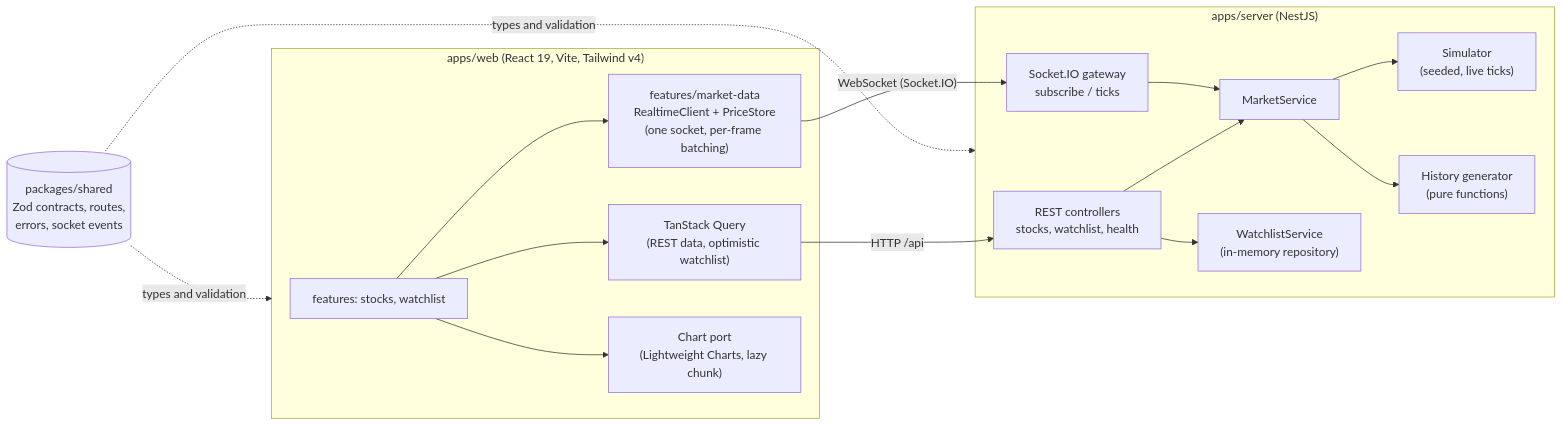
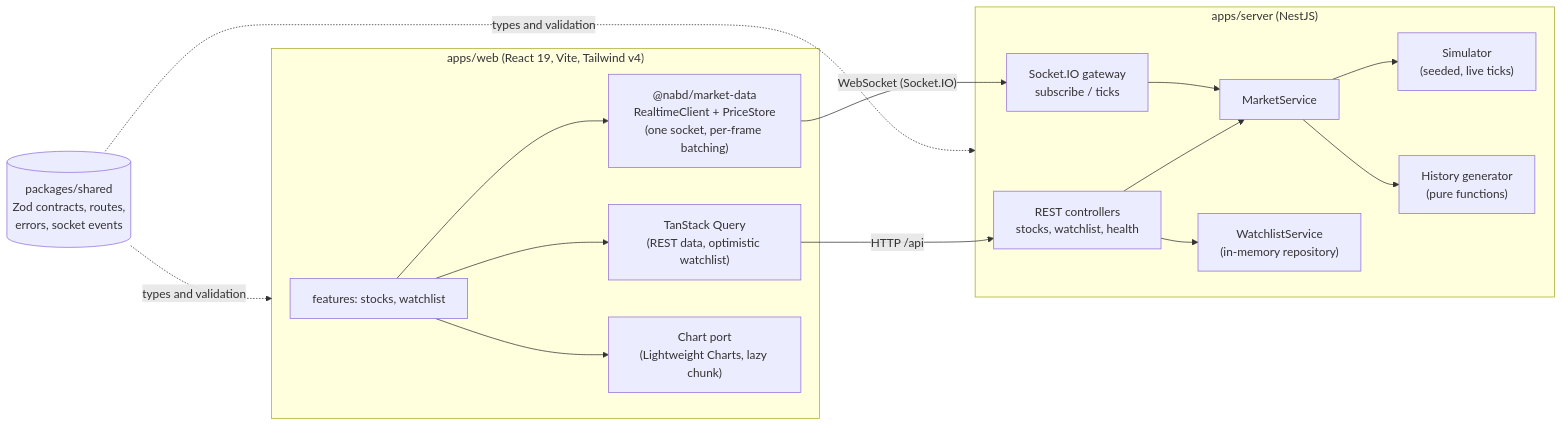
Before and after one commit to alaahendam/nabd-trading: the diagram in README.md, drawn with Mermaid. The commit also changed other lines of this file and 6 other files, not shown here.

````diff
--- a/README.md
+++ b/README.md
@@ -49,33 +50,33 @@
 ```mermaid
 flowchart LR
   subgraph Browser["apps/web (React 19, Vite, Tailwind v4)"]
     UI["features: stocks, watchlist"]
     Q["TanStack Query<br/>(REST data, optimistic watchlist)"]
-    RT["features/market-data<br/>RealtimeClient + PriceStore<br/>(one socket, per-frame batching)"]
+    RT["@nabd/market-data<br/>RealtimeClient + PriceStore<br/>(one socket, per-frame batching)"]
     CH["Chart port<br/>(Lightweight Charts, lazy chunk)"]
     UI --> Q
     UI --> RT
     UI --> CH
   end
 
   subgraph Server["apps/server (NestJS)"]
     REST["REST controllers<br/>stocks, watchlist, health"]
     GW["Socket.IO gateway<br/>subscribe / ticks"]
     MS["MarketService"]
     SIM["Simulator<br/>(seeded, live ticks)"]
     HIST["History generator<br/>(pure functions)"]
     WL["WatchlistService<br/>(in-memory repository)"]
     REST --> MS
     REST --> WL
     GW --> MS
     MS --> SIM
     MS --> HIST
   end
 
   SH[("packages/shared<br/>Zod contracts, routes,<br/>errors, socket events")]
 
   Q -- "HTTP /api" --> REST
   RT -- "WebSocket (Socket.IO)" --> GW
   SH -. "types and validation" .-> Browser
   SH -. "types and validation" .-> Server
 ```
````
